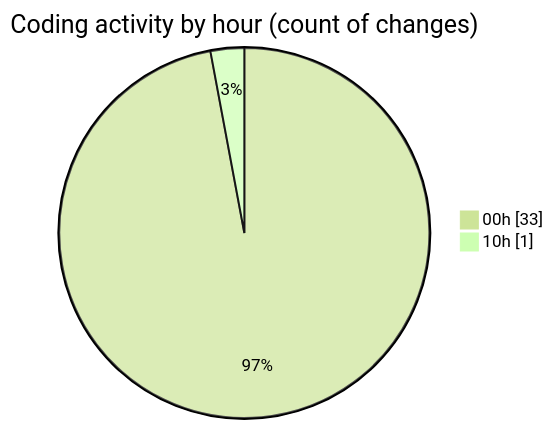
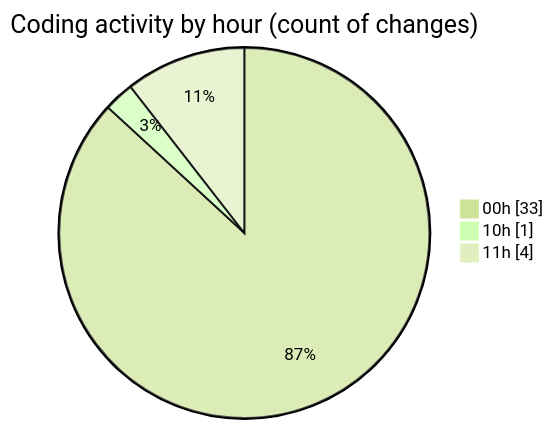
One commit to nxtqubesakshisongat/code-tracking changed the second of 2 diagrams in 2025-08-10/nxtqube_webapp/README.md. Above: the diagram before and after it, drawn with Mermaid (forest theme). The commit also changed other lines of this file and 1 other file, not shown here.

````diff
--- a/2025-08-10/nxtqube_webapp/README.md
+++ b/2025-08-10/nxtqube_webapp/README.md
@@ -29,6 +29,7 @@
 ```mermaid
 pie showData
 title Coding activity by hour (count of changes)
 "00h" : 33
 "10h" : 1
+"11h" : 4
 ```
````
